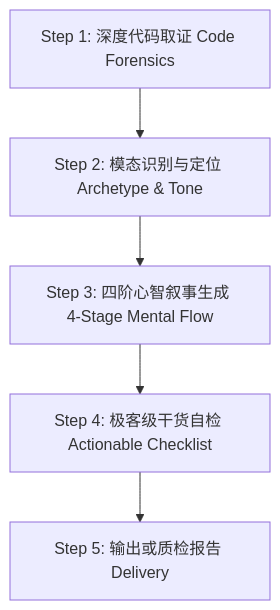
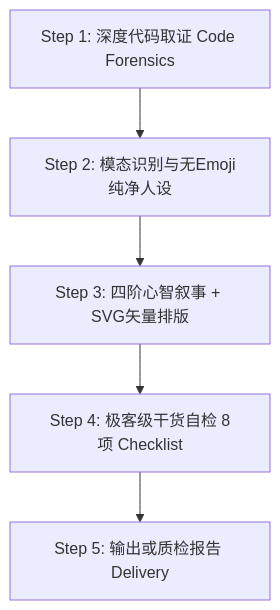
Before and after one commit to guihai24/openskills: the diagram in skills/readme-writer/SKILL.md, drawn with Mermaid. The commit also changed other lines of this file and 1 other file, not shown here.

````diff
--- a/skills/readme-writer/SKILL.md
+++ b/skills/readme-writer/SKILL.md
@@ -29,7 +35,7 @@
 ```mermaid
 graph TD
-    S1[Step 1: 深度代码取证 Code Forensics] --> S2[Step 2: 模态识别与定位 Archetype & Tone]
-    S2 --> S3[Step 3: 四阶心智叙事生成 4-Stage Mental Flow]
-    S3 --> S4[Step 4: 极客级干货自检 Actionable Checklist]
+    S1[Step 1: 深度代码取证 Code Forensics] --> S2[Step 2: 模态识别与无Emoji纯净人设]
+    S2 --> S3[Step 3: 四阶心智叙事 + SVG矢量排版]
+    S3 --> S4[Step 4: 极客级干货自检 8项 Checklist]
     S4 --> S5[Step 5: 输出或质检报告 Delivery]
 ```
````
